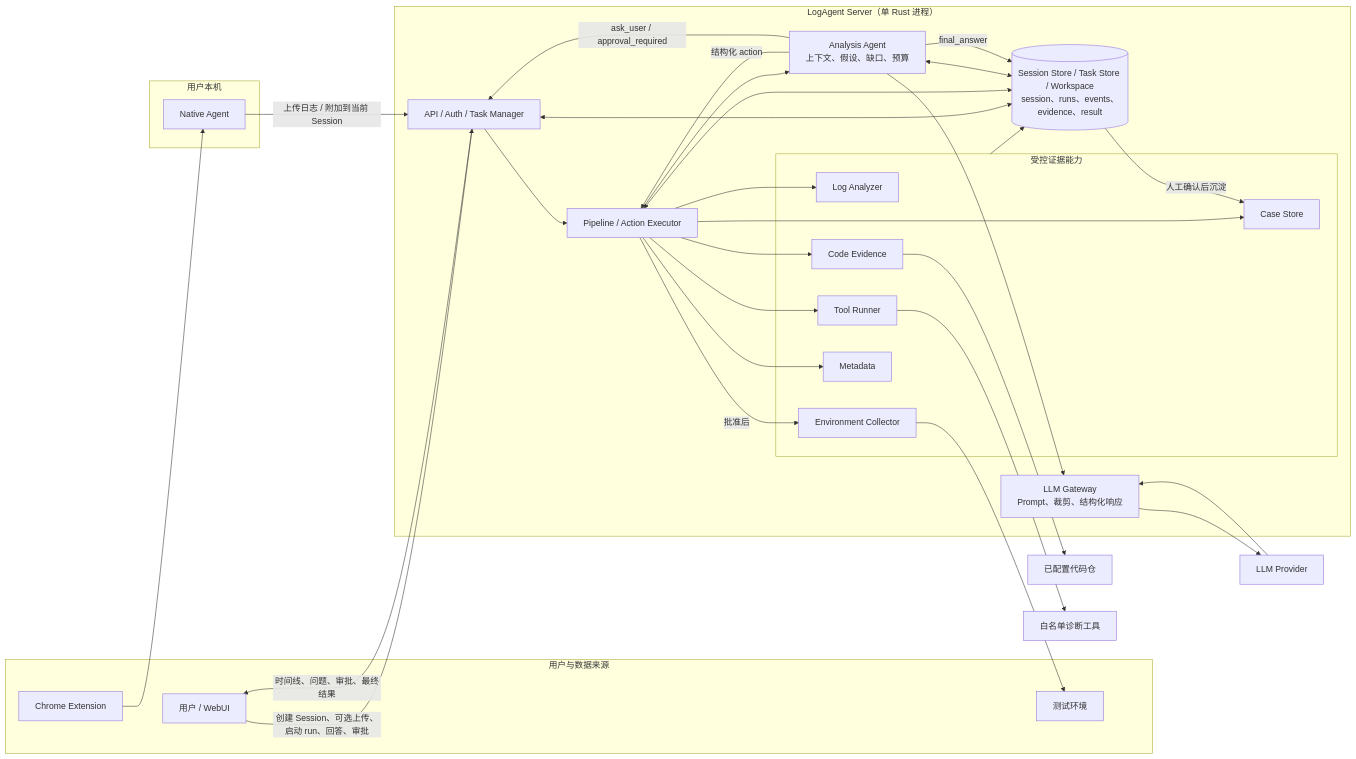
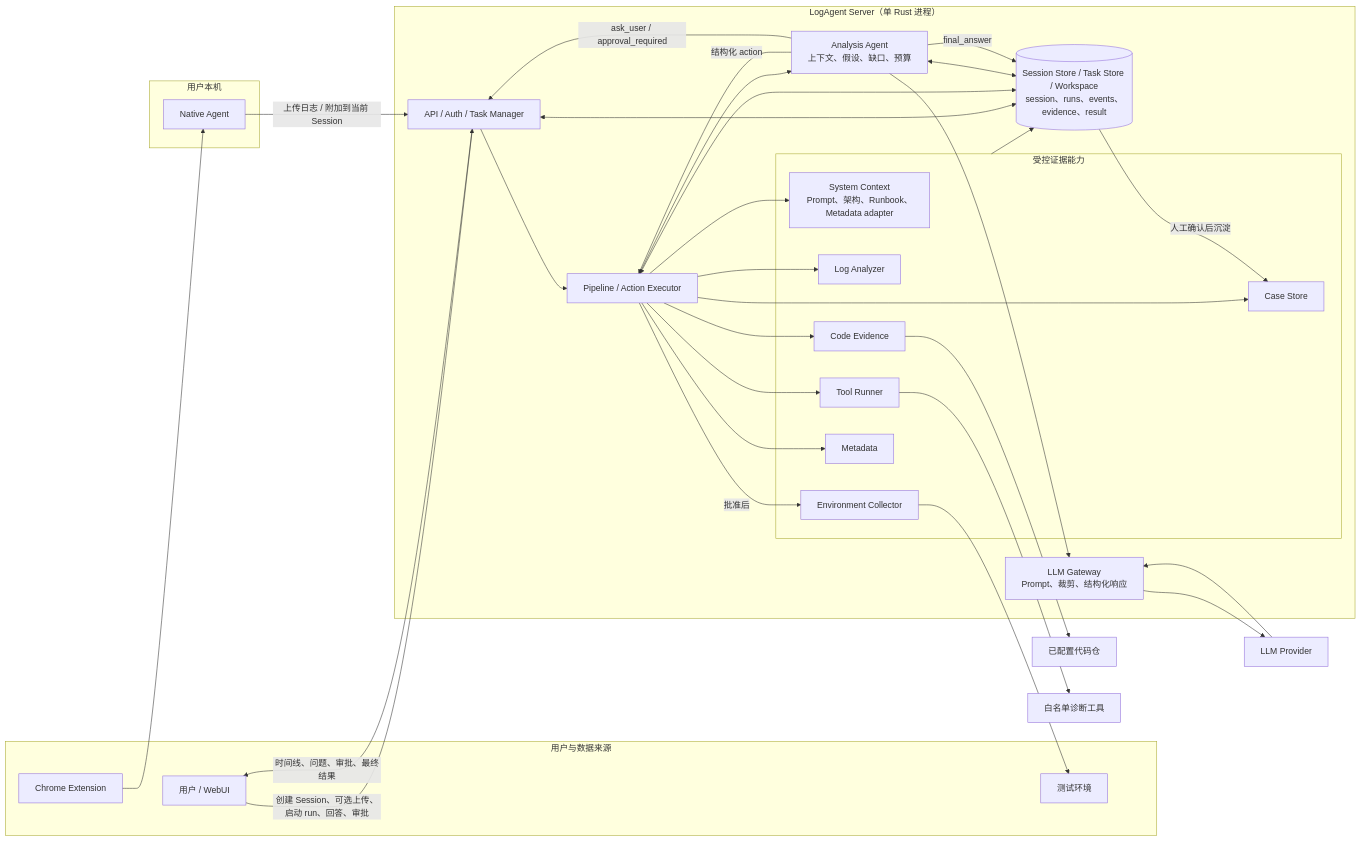
One commit to zhiwangdu/prd_assistant changed the diagram in README.md. Above: the diagram before and after it, drawn with Mermaid. The commit also changed other lines of this file and 35 other files, not shown here.

Commit message:
feat: add system context resources

````diff
--- a/README.md
+++ b/README.md
@@ -57,65 +58,67 @@
 ```mermaid
 flowchart LR
     subgraph Inputs["用户与数据来源"]
         User["用户 / WebUI"]
         Chrome["Chrome Extension"]
         TestEnv["测试环境"]
     end
 
     subgraph Local["用户本机"]
         Native["Native Agent"]
     end
 
     subgraph ServerBoundary["LogAgent Server（单 Rust 进程）"]
         API["API / Auth / Task Manager"]
         Orchestrator["Pipeline / Action Executor"]
         Agent["Analysis Agent<br/>上下文、假设、缺口、预算"]
         Gateway["LLM Gateway<br/>Prompt、裁剪、结构化响应"]
 
         subgraph Evidence["受控证据能力"]
+            SysCtx["System Context<br/>Prompt、架构、Runbook、Metadata adapter"]
             Log["Log Analyzer"]
             Tool["Tool Runner"]
             Code["Code Evidence"]
             Env["Environment Collector"]
             Meta["Metadata"]
             Cases["Case Store"]
         end
 
         Store[("Session Store / Task Store / Workspace<br/>session、runs、events、evidence、result")]
     end
 
     Model["LLM Provider"]
     Repos["已配置代码仓"]
     Tools["白名单诊断工具"]
 
     Chrome --> Native
     Native -->|"上传日志 / 附加到当前 Session"| API
     User -->|"创建 Session、可选上传、启动 run、回答、审批"| API
     API --> Orchestrator
     Orchestrator --> Agent
     Agent -->|"结构化 action"| Orchestrator
     Agent --> Gateway
     Gateway --> Model
     Model --> Gateway
 
     Orchestrator --> Log
+    Orchestrator --> SysCtx
     Orchestrator --> Tool
     Orchestrator --> Code
     Orchestrator -->|"批准后"| Env
     Orchestrator --> Meta
     Orchestrator --> Cases
 
     Tool --> Tools
     Code --> Repos
     Env --> TestEnv
 
     API <--> Store
     Orchestrator <--> Store
     Agent <--> Store
     Evidence --> Store
 
     Agent -->|"ask_user / approval_required"| API
     API -->|"时间线、问题、审批、最终结果"| User
     Agent -->|"final_answer"| Store
     Store -->|"人工确认后沉淀"| Cases
 ```
````
